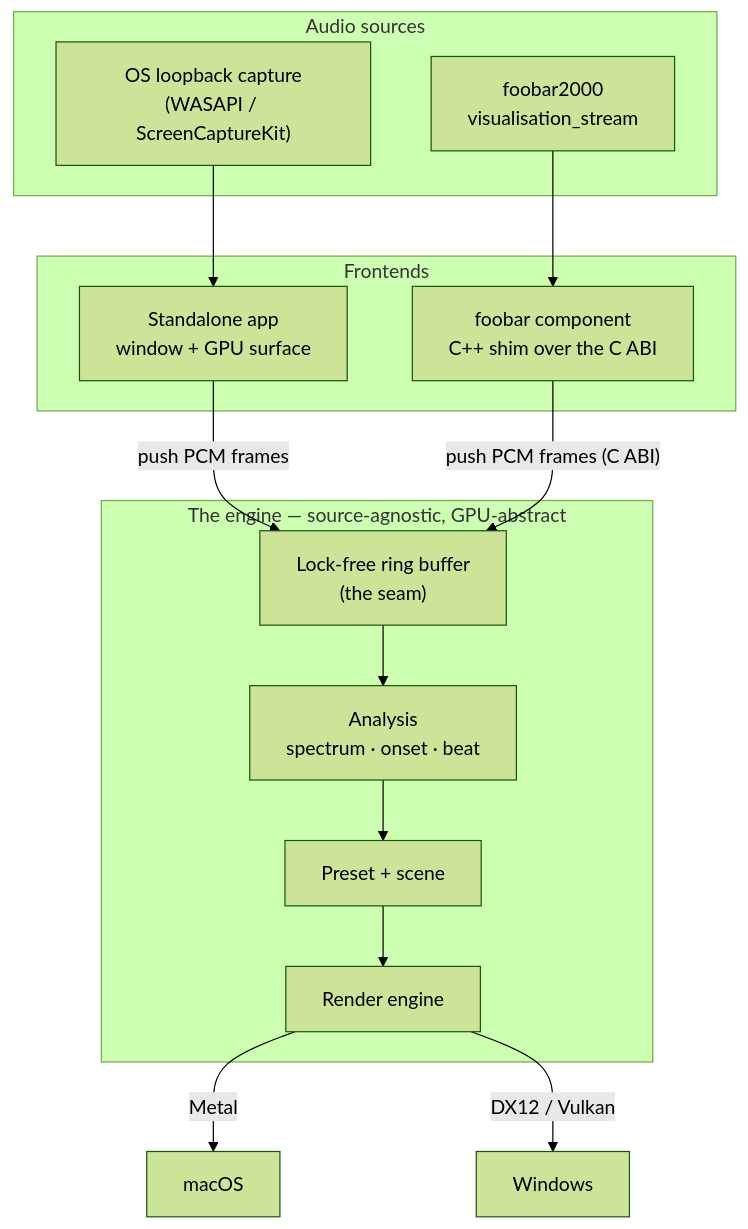
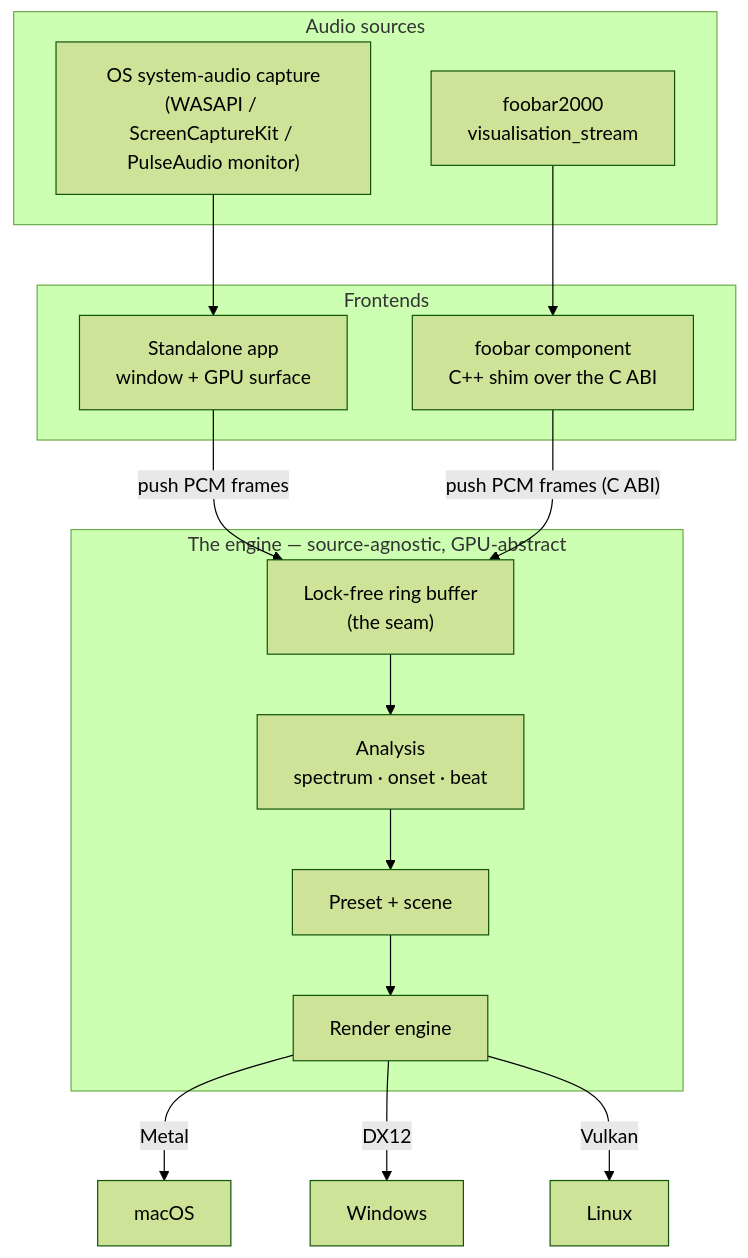
Before and after one commit to IgorKonovalov/Ritmolux: the first of 2 diagrams in docs/how-it-works.md, drawn with Mermaid (forest theme). The commit also changed other lines of this file and 15 other files, not shown here.

````diff
--- a/docs/how-it-works.md
+++ b/docs/how-it-works.md
@@ -14,27 +14,28 @@
 ```mermaid
 flowchart TD
     subgraph external["Audio sources"]
-        loop["OS loopback capture<br/>(WASAPI / ScreenCaptureKit)"]
+        loop["OS system-audio capture<br/>(WASAPI / ScreenCaptureKit / PulseAudio monitor)"]
         fb["foobar2000<br/>visualisation_stream"]
     end
 
     subgraph shells["Frontends"]
         standalone["Standalone app<br/>window + GPU surface"]
         plugin["foobar component<br/>C++ shim over the C ABI"]
     end
 
     subgraph core["The engine — source-agnostic, GPU-abstract"]
         ring["Lock-free ring buffer<br/>(the seam)"]
         dsp["Analysis<br/>spectrum · onset · beat"]
         scene["Preset + scene"]
         render["Render engine"]
         ring --> dsp --> scene --> render
     end
 
     loop --> standalone
     fb --> plugin
     standalone -->|"push PCM frames"| ring
     plugin -->|"push PCM frames (C ABI)"| ring
     render -->|Metal| macos["macOS"]
-    render -->|"DX12 / Vulkan"| windows["Windows"]
+    render -->|DX12| windows["Windows"]
+    render -->|Vulkan| linux["Linux"]
 ```
````
